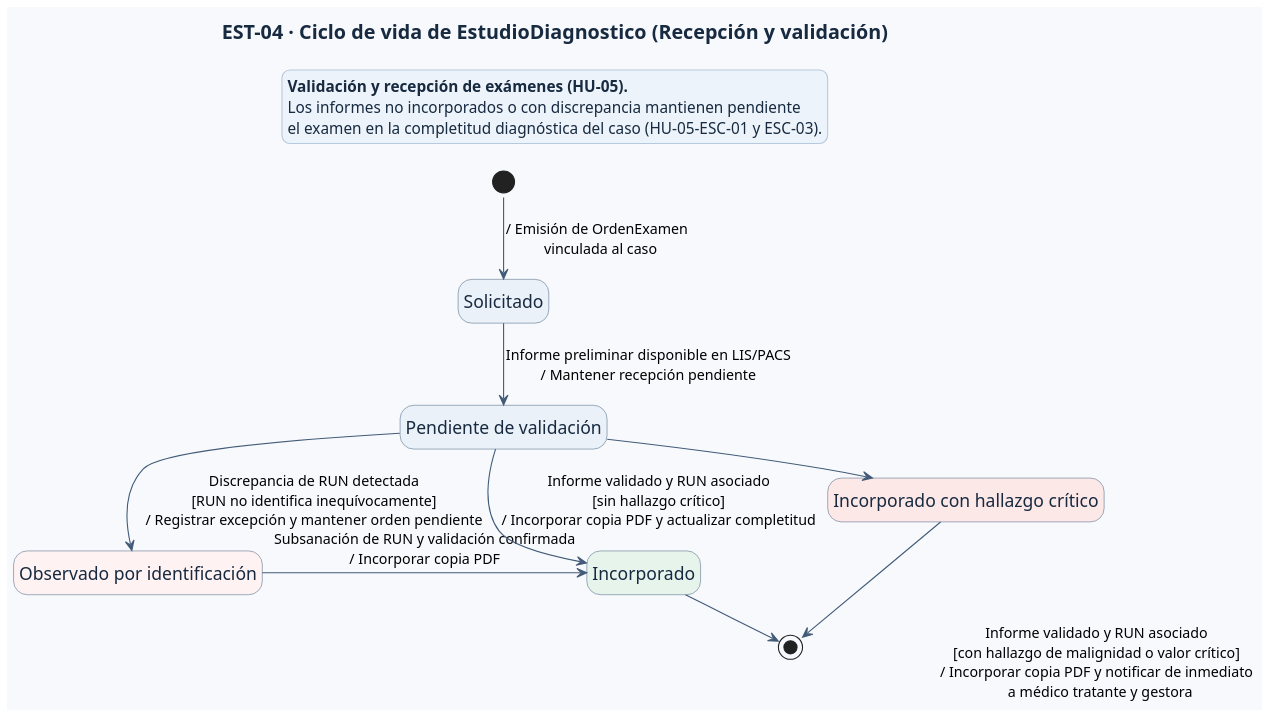
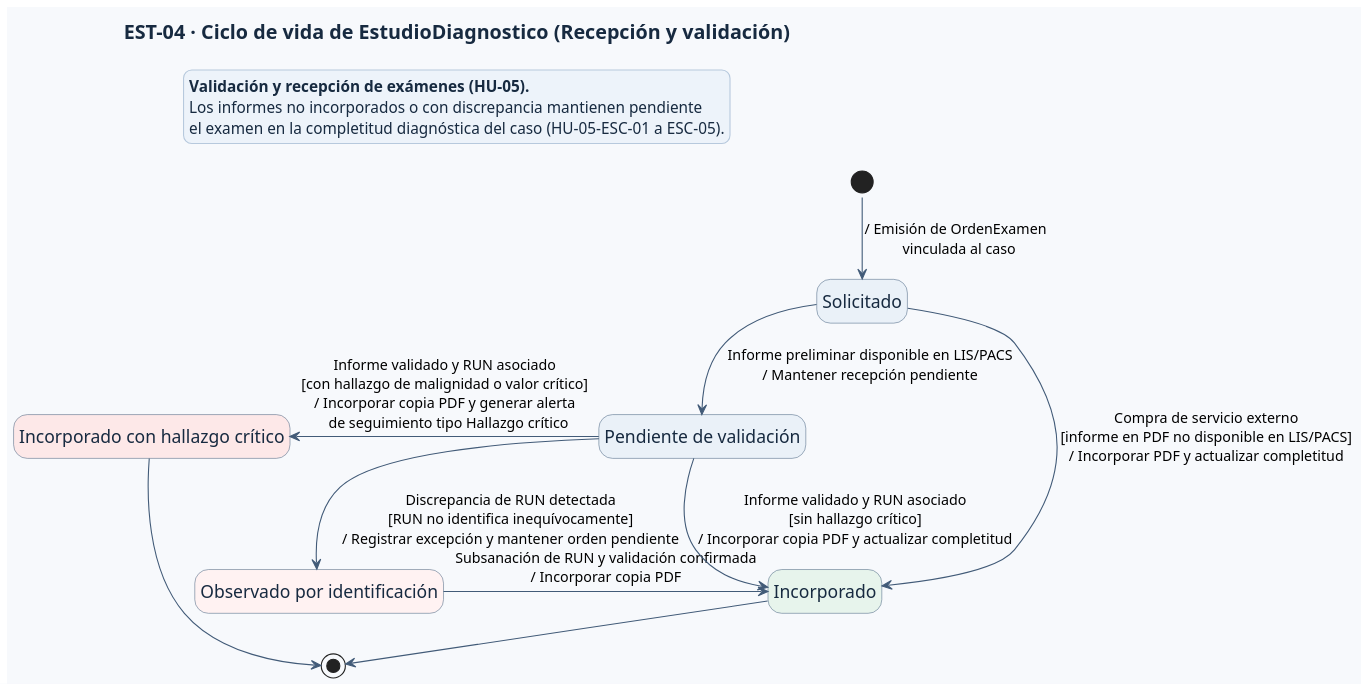
Before and after one commit to br1fz/OncoTrace: the fourth of 4 diagrams in diagramas/estados-objetos.puml, drawn with PlantUML. The commit also changed other lines of this file and 48 other files, not shown here.

```diff
--- a/diagramas/estados-objetos.puml
+++ b/diagramas/estados-objetos.puml
@@ -154,46 +154,47 @@
 @startuml EST-04-EstudioDiagnostico
 !pragma layout smetana
 hide empty description
 skinparam shadowing false
 skinparam dpi 144
 skinparam backgroundColor #F7F9FC
 skinparam defaultFontName SansSerif
 skinparam titleFontSize 18
 skinparam titleFontColor #172A40
 skinparam stateFontSize 16
 skinparam stateArrowFontSize 13
 skinparam legendBackgroundColor #EDF3FA
 skinparam legendBorderColor #B7C9DD
 skinparam legendFontColor #172A40
 skinparam state {
   BackgroundColor #EAF1F8
   BorderColor #526B87
   FontColor #172A40
   ArrowColor #425B78
   StartColor #526B87
   EndColor #526B87
 }
 
 title EST-04 · Ciclo de vida de EstudioDiagnostico (Recepción y validación)
 
 state "Solicitado" as S
 state "Pendiente de validación" as PV
 state "Observado por identificación" as OI #FFF2F2
 state "Incorporado" as I #E7F4EC
 state "Incorporado con hallazgo crítico" as IHC #FDE8E8
 
 [*] -down-> S : / Emisión de OrdenExamen\n  vinculada al caso
 S -down-> PV : Informe preliminar disponible en LIS/PACS\n/ Mantener recepción pendiente
+S -right-> I : Compra de servicio externo\n[informe en PDF no disponible en LIS/PACS]\n/ Incorporar PDF y actualizar completitud
 PV -down-> OI : Discrepancia de RUN detectada\n[RUN no identifica inequívocamente]\n/ Registrar excepción y mantener orden pendiente
 OI -right-> I : Subsanación de RUN y validación confirmada\n/ Incorporar copia PDF
 PV -down-> I : Informe validado y RUN asociado\n[sin hallazgo crítico]\n/ Incorporar copia PDF y actualizar completitud
-PV -right-> IHC : Informe validado y RUN asociado\n[con hallazgo de malignidad o valor crítico]\n/ Incorporar copia PDF y notificar de inmediato\n  a médico tratante y gestora
+PV -left-> IHC : Informe validado y RUN asociado\n[con hallazgo de malignidad o valor crítico]\n/ Incorporar copia PDF y generar alerta\n  de seguimiento tipo Hallazgo crítico
 I -down-> [*]
 IHC -down-> [*]
 
 legend top
   **Validación y recepción de exámenes (HU-05).**
   Los informes no incorporados o con discrepancia mantienen pendiente
-  el examen en la completitud diagnóstica del caso (HU-05-ESC-01 y ESC-03).
+  el examen en la completitud diagnóstica del caso (HU-05-ESC-01 a ESC-05).
 endlegend
 @enduml
```
